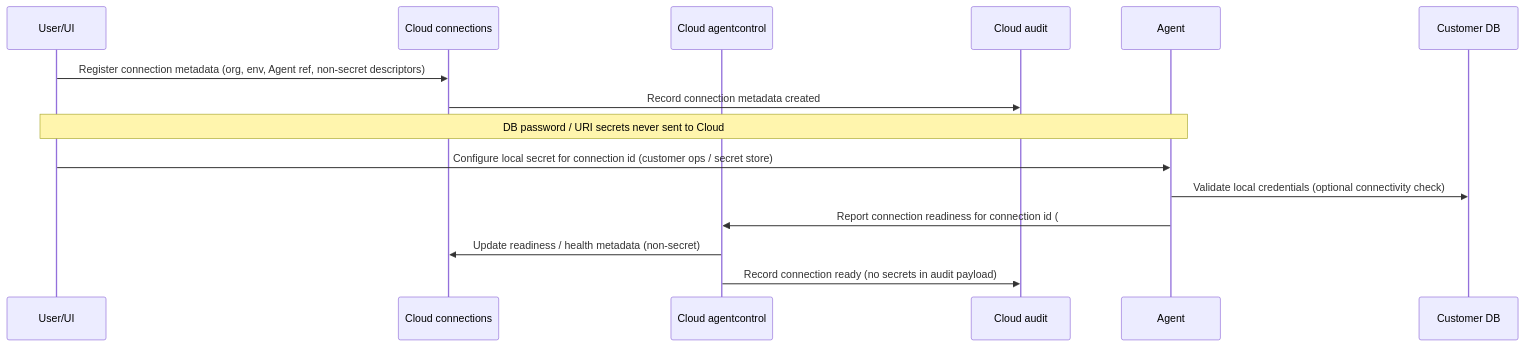
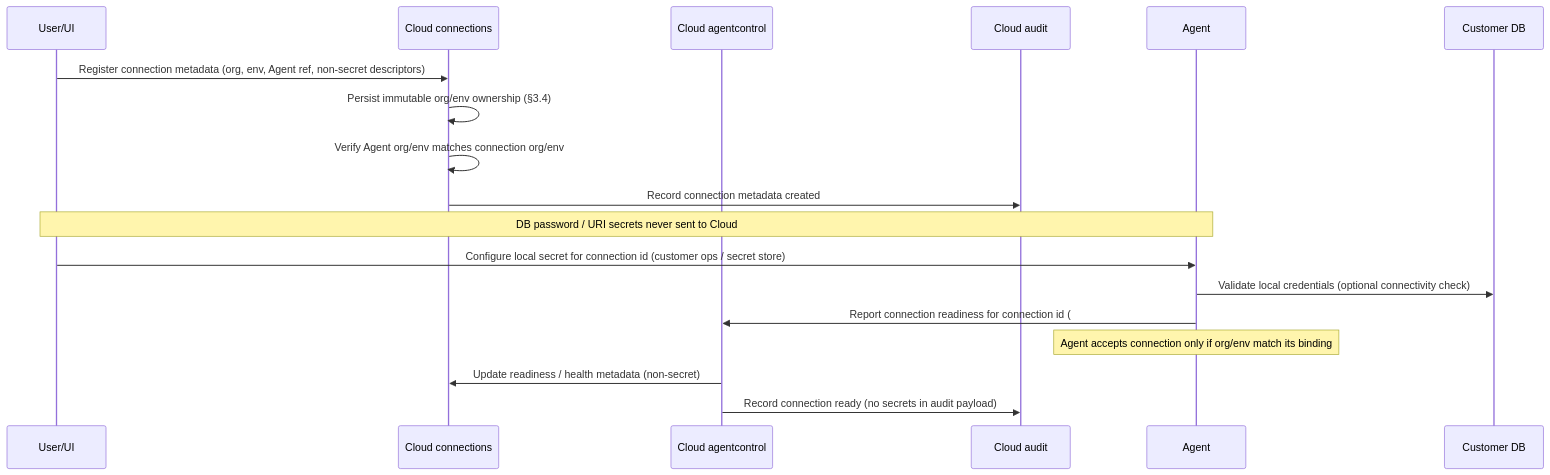
The third of 9 diagrams in docs/architecture/v1-system-architecture.md (balarajeai/tinyadmin), drawn with Mermaid before and after one commit. The commit also changed other lines of this file and 3 other files, not shown here.

First line of the commit message:
docs(architecture): remediate SEC-PR10-001..004 for Security re-review (#2)

````diff
--- a/docs/architecture/v1-system-architecture.md
+++ b/docs/architecture/v1-system-architecture.md
@@ -192,17 +254,20 @@
 ```mermaid
 sequenceDiagram
   participant Admin as User/UI
   participant Conn as Cloud connections
   participant AC as Cloud agentcontrol
   participant Audit as Cloud audit
   participant Agent as Agent
   participant DB as Customer DB
   Admin->>Conn: Register connection metadata (org, env, Agent ref, non-secret descriptors)
+  Conn->>Conn: Persist immutable org/env ownership (§3.4)
+  Conn->>Conn: Verify Agent org/env matches connection org/env
   Conn->>Audit: Record connection metadata created
   Note over Admin,Agent: DB password / URI secrets never sent to Cloud
   Admin->>Agent: Configure local secret for connection id (customer ops / secret store)
   Agent->>DB: Validate local credentials (optional connectivity check)
   Agent->>AC: Report connection readiness for connection id (#3)
+  Note over Agent: Agent accepts connection only if org/env match its binding
   AC->>Conn: Update readiness / health metadata (non-secret)
   AC->>Audit: Record connection ready (no secrets in audit payload)
 ```
````
